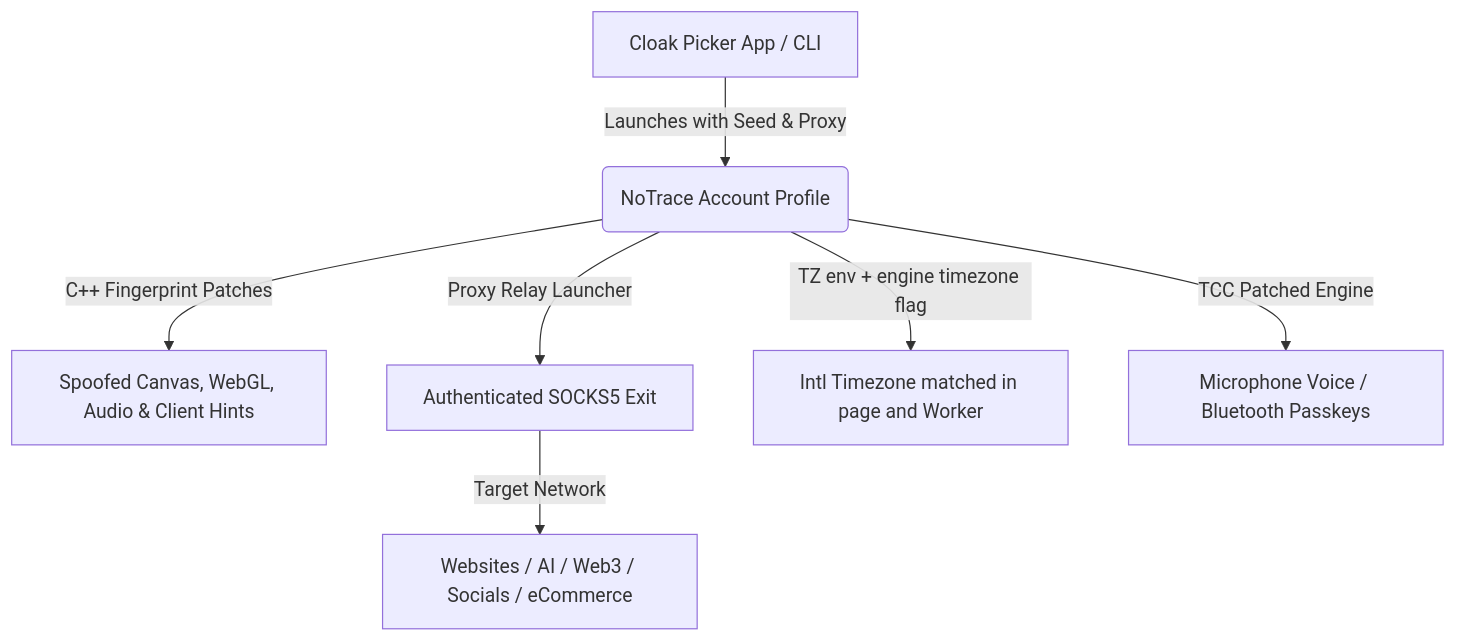
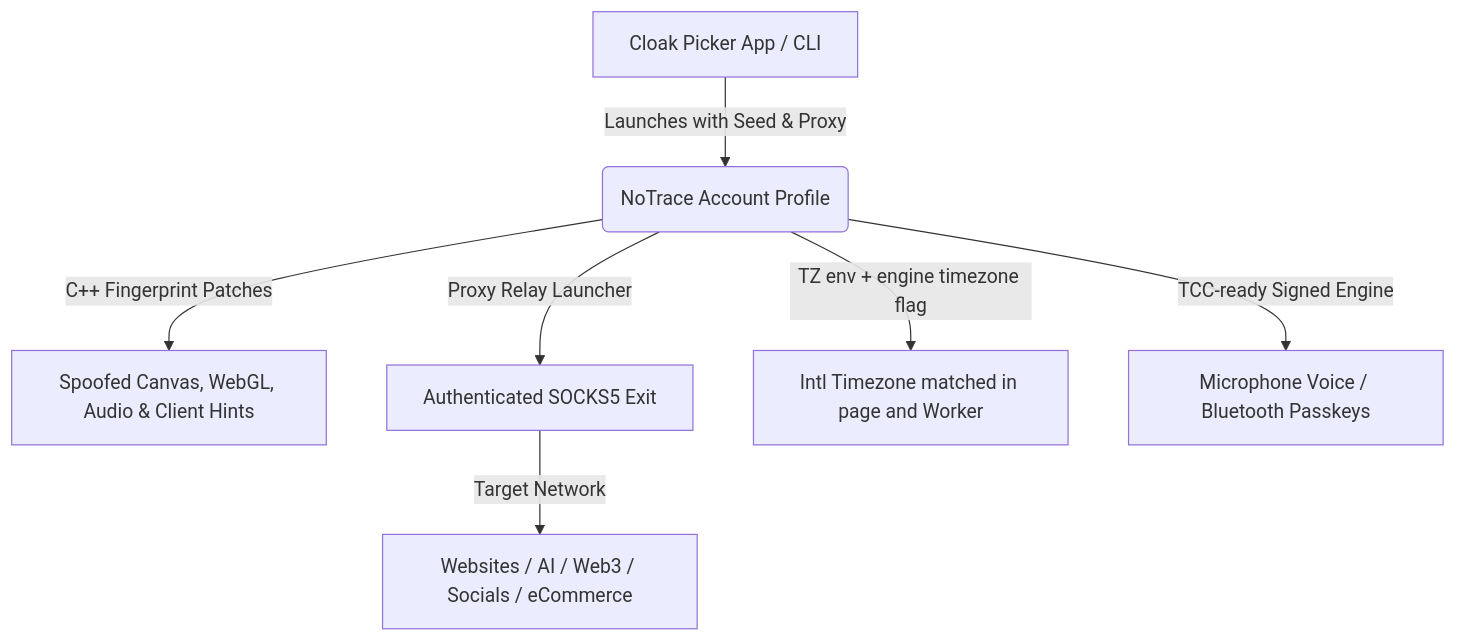
Before and after one commit to GravityPoet/notrace-browser: the diagram in README.md, drawn with Mermaid. The commit also changed other lines of this file and 19 other files, not shown here.

````diff
--- a/README.md
+++ b/README.md
@@ -20,9 +20,9 @@
 ```mermaid
 graph TD
     A[Cloak Picker App / CLI] -->|Launches with Seed & Proxy| B(NoTrace Account Profile)
     B -->|C++ Fingerprint Patches| C[Spoofed Canvas, WebGL, Audio & Client Hints]
     B -->|Proxy Relay Launcher| D[Authenticated SOCKS5 Exit]
     B -->|TZ env + engine timezone flag| E[Intl Timezone matched in page and Worker]
-    B -->|TCC Patched Engine| F[Microphone Voice / Bluetooth Passkeys]
+    B -->|TCC-ready Signed Engine| F[Microphone Voice / Bluetooth Passkeys]
     D -->|Target Network| G[Websites / AI / Web3 / Socials / eCommerce]
 ```
````
